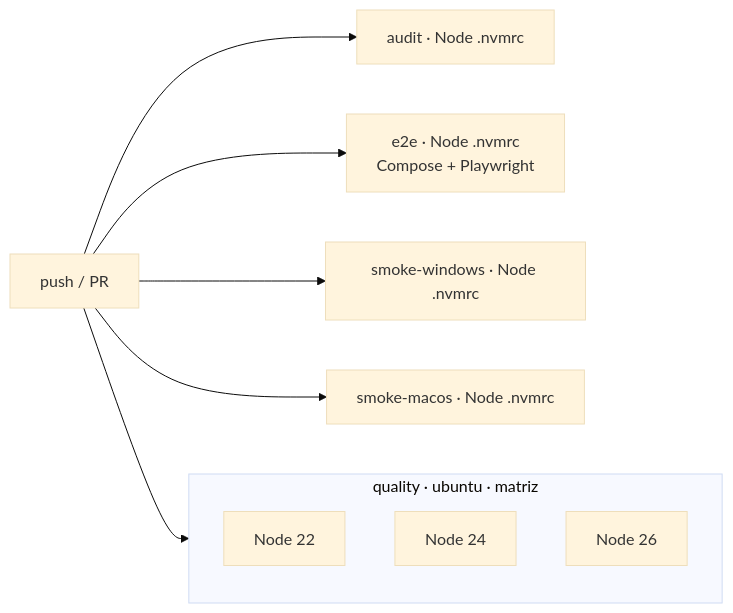
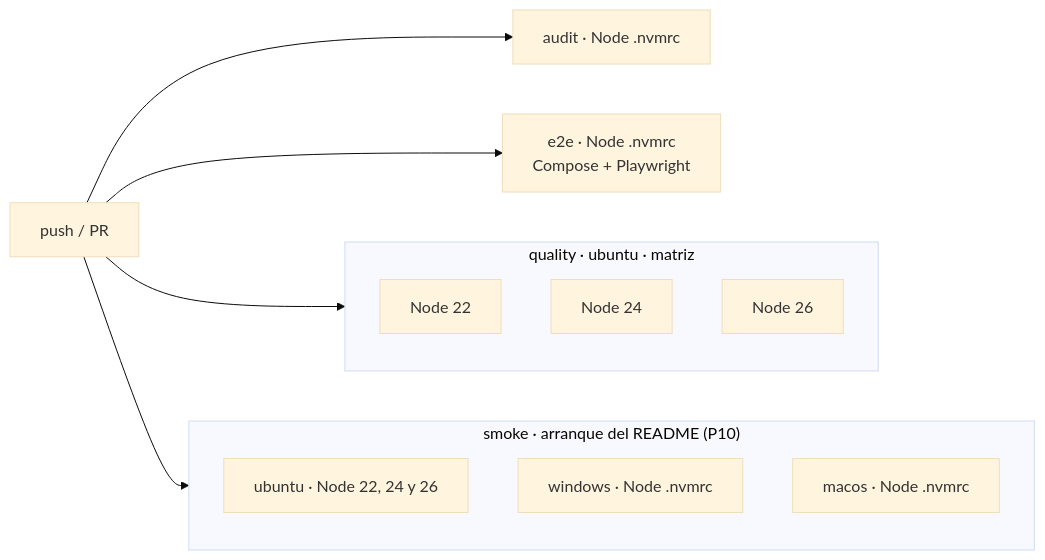
The diagram in ai-workspace/03-arquitectura/08-despliegue.md (AlejandroBuitrago685/saas-o-matic), drawn with Mermaid (base theme) before and after one commit. The commit also changed other lines of this file and 9 other files, not shown here.

````diff
--- a/ai-workspace/03-arquitectura/08-despliegue.md
+++ b/ai-workspace/03-arquitectura/08-despliegue.md
@@ -79,17 +79,19 @@
 ```mermaid
 flowchart LR
   subgraph Q["quality · ubuntu · matriz"]
     Q22["Node 22"]
     Q24["Node 24"]
     Q26["Node 26"]
   end
   AUD["audit · Node .nvmrc"]
   E2E["e2e · Node .nvmrc<br/>Compose + Playwright"]
-  SW["smoke-windows · Node .nvmrc"]
-  SM["smoke-macos · Node .nvmrc"]
+  subgraph S["smoke · arranque del README (P10)"]
+    SL["ubuntu · Node 22, 24 y 26"]
+    SW["windows · Node .nvmrc"]
+    SM["macos · Node .nvmrc"]
+  end
   push["push / PR"] --> Q
   push --> AUD
   push --> E2E
-  push --> SW
-  push --> SM
+  push --> S
 ```
````
